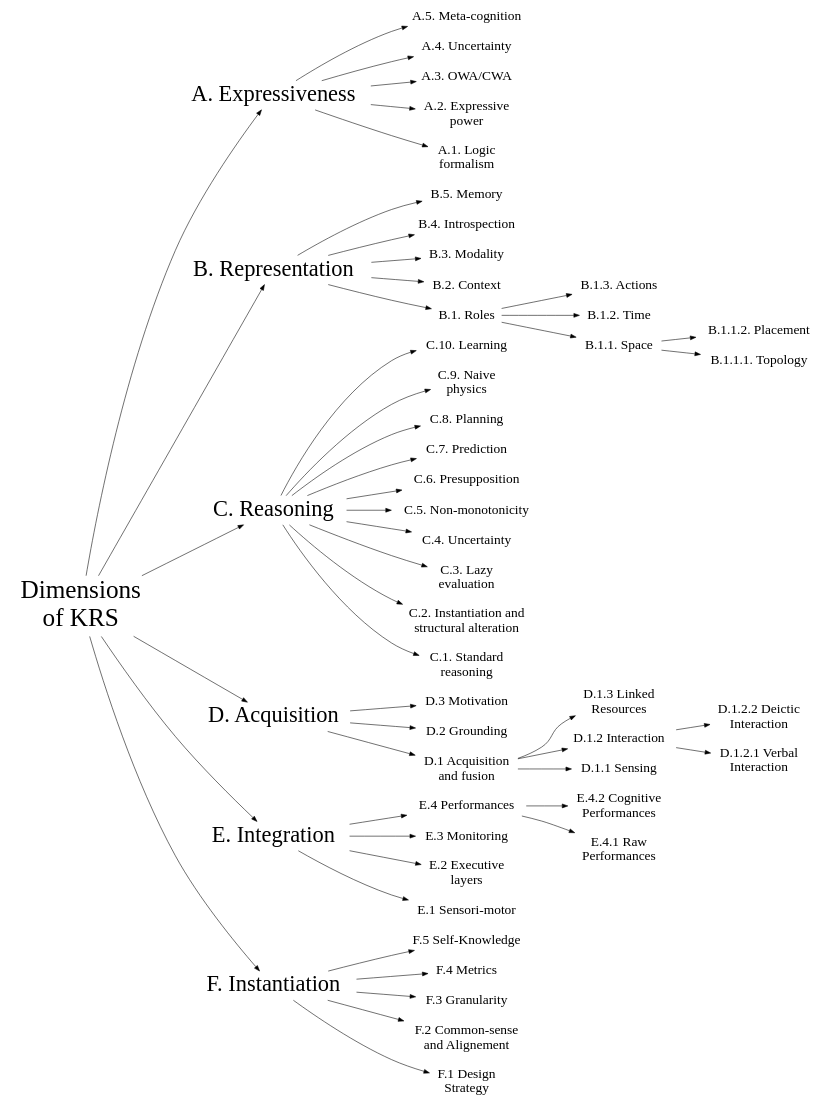
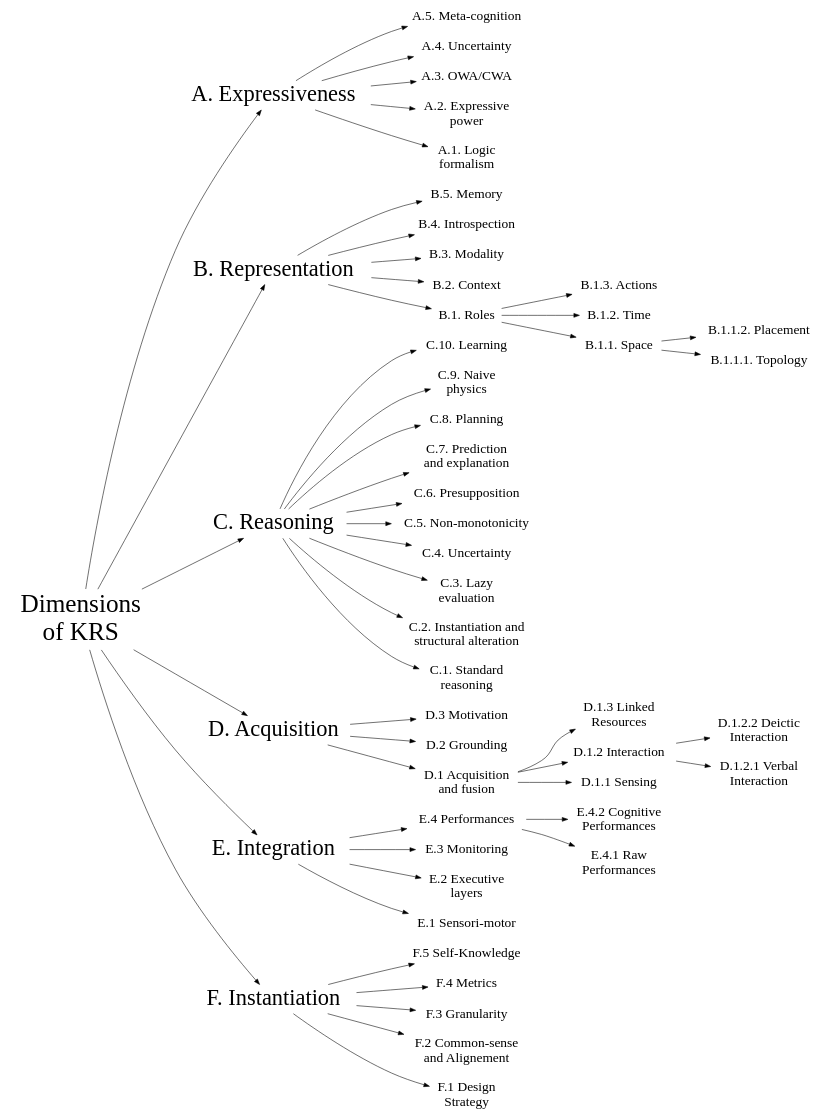
The diagram in images/taxonomy.dot (severin-lemaignan/these), drawn with Graphviz before and after one commit. The commit also changed 4 other files, not shown here.

```diff
--- a/images/taxonomy.dot
+++ b/images/taxonomy.dot
@@ -1,127 +1,127 @@
 strict digraph Knowledge {
 
 rankdir=LR;
 overlap=scale;
 
 node [shape=plaintext,fontsize=24,fontname="Ubuntu"];
 
 root [label="Dimensions\n of KRS", fontsize=45];
 root -> A;
 root -> B;
 root -> C;
 root -> D;
 root -> E;
 root -> F;
 
 F [label="F. Instantiation", fontsize=40];
 E [label="E. Integration", fontsize=40];
 D [label="D. Acquisition", fontsize=40];
 C [label="C. Reasoning", fontsize=40];
 B [label="B. Representation", fontsize=40];
 A [label="A. Expressiveness", fontsize=40];
 
 
 A5 [label="A.5. Meta-cognition"];
 A4 [label="A.4. Uncertainty"];
 A3 [label="A.3. OWA/CWA"];
 A2 [label="A.2. Expressive\n power"];
 A1 [label="A.1. Logic\n formalism"];
 
 A -> A1;
 A -> A2;
 A -> A3;
 A -> A4;
 A -> A5;
 
 B5 [label="B.5. Memory"];
 B4 [label="B.4. Introspection"];
 B3 [label="B.3. Modality"];
 B2 [label="B.2. Context"];
 B1 [label="B.1. Roles"];
 
 
 B13 [label="B.1.3. Actions"];
 B12 [label="B.1.2. Time"];
 B11 [label="B.1.1. Space"];
 
 B112 [label="B.1.1.2. Placement"];
 B111 [label="B.1.1.1. Topology"];
 
 B -> B1 -> B11 -> B111;
            B11 -> B112;
      B1 -> B12;
      B1 -> B13;
 B -> B2;
 B -> B3;
 B -> B4;
 B -> B5;
 
 
 
 C10 [label="C.10. Learning"];
 C9 [label="C.9. Naive\n physics"];
 C8 [label="C.8. Planning"];
-C7 [label="C.7. Prediction"];
+C7 [label="C.7. Prediction\n and explanation"];
 C6 [label="C.6. Presupposition"];
 C5 [label="C.5. Non-monotonicity"];
 C4 [label="C.4. Uncertainty"];
 C3 [label="C.3. Lazy\n evaluation"];
 C2 [label="C.2. Instantiation and\n structural alteration"];
 C1 [label="C.1. Standard\n reasoning"];
 
 C -> C1;
 C -> C2;
 C -> C3;
 C -> C4;
 C -> C5;
 C -> C6;
 C -> C7;
 C -> C8;
 C -> C9;
 C -> C10;
 
 D3 [label="D.3 Motivation"];
 D2 [label="D.2 Grounding"];
 D1 [label="D.1 Acquisition\n and fusion"];
 
 D13 [label="D.1.3 Linked\n Resources"];
 D12 [label="D.1.2 Interaction"];
 D11 [label="D.1.1 Sensing"];
 
 D122 [label="D.1.2.2 Deictic\n Interaction"];
 D121 [label="D.1.2.1 Verbal\n Interaction"];
 
 D -> D1 -> D11;
      D1 -> D12 -> D121;
            D12 -> D122;
      D1 -> D13;
 D -> D2;
 D -> D3;
 
 E4 [label="E.4 Performances"];
 E3 [label="E.3 Monitoring"];
 E2 [label="E.2 Executive\n layers"];
 E1 [label="E.1 Sensori-motor"];
 
 E42 [label="E.4.2 Cognitive\n Performances"];
 E41 [label="E.4.1 Raw\n Performances"];
 
 E -> E1;
 E -> E2;
 E -> E3;
 E -> E4 -> E41;
      E4 -> E42;
 
 F5 [label="F.5 Self-Knowledge"];
 F4 [label="F.4 Metrics"];
 F3 [label="F.3 Granularity"];
 F2 [label="F.2 Common-sense\n and Alignement"];
 F1 [label="F.1 Design\n Strategy"];
 
 F -> F1;
 F -> F2;
 F -> F3;
 F -> F4;
 F -> F5;
 
 }
```
